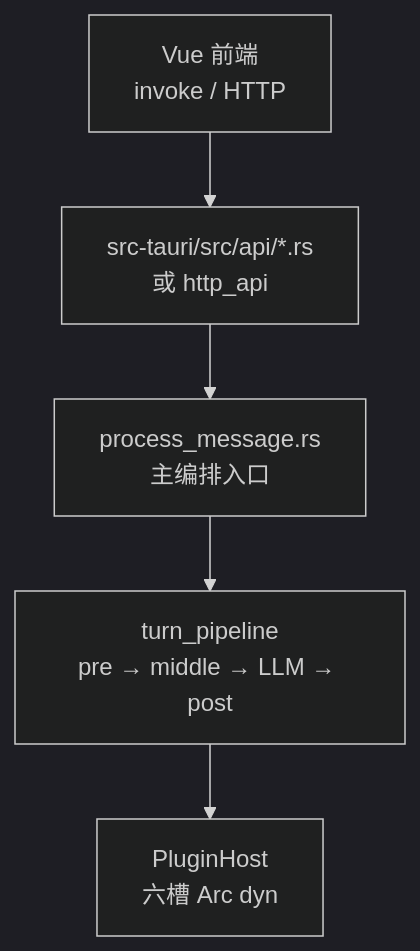
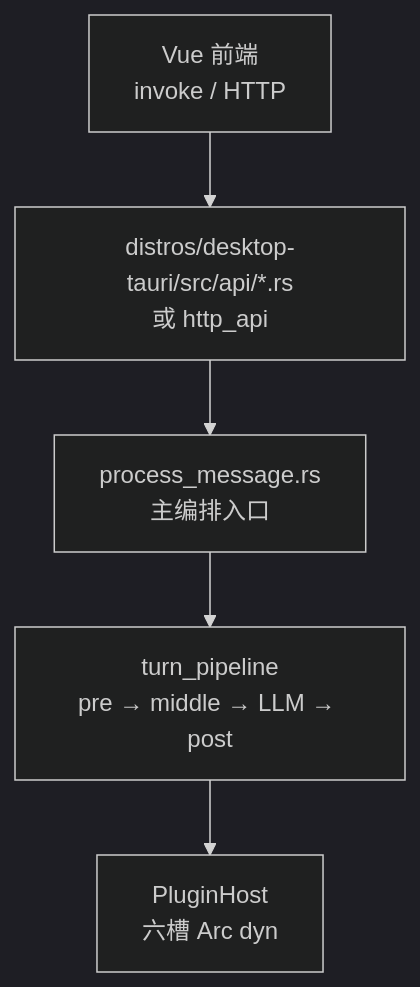
Before and after one commit to linkaiheng2233-cyber/oclivenewnew: the first of 2 diagrams in human-docs/01_ARCHITECTURE_SIMPLE.md, drawn with Mermaid (dark theme). The commit also changed other lines of this file and 205 other files, not shown here.

````diff
--- a/human-docs/01_ARCHITECTURE_SIMPLE.md
+++ b/human-docs/01_ARCHITECTURE_SIMPLE.md
@@ -12,10 +12,10 @@
 ```mermaid
 flowchart TB
   UI[Vue 前端\ninvoke / HTTP]
-  API[src-tauri/src/api/*.rs\n或 http_api]
+  API[distros/desktop-tauri/src/api/*.rs\n或 http_api]
   PM[process_message.rs\n主编排入口]
   TP[turn_pipeline\npre → middle → LLM → post]
   PH[PluginHost\n六槽 Arc dyn]
   UI --> API --> PM --> TP
   TP --> PH
 ```
````
